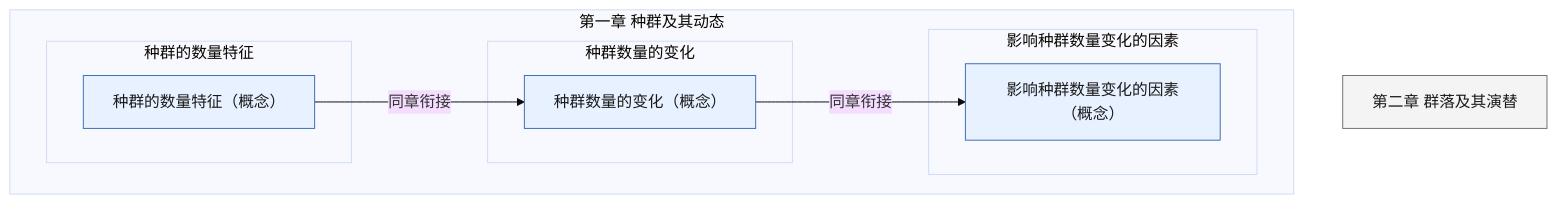
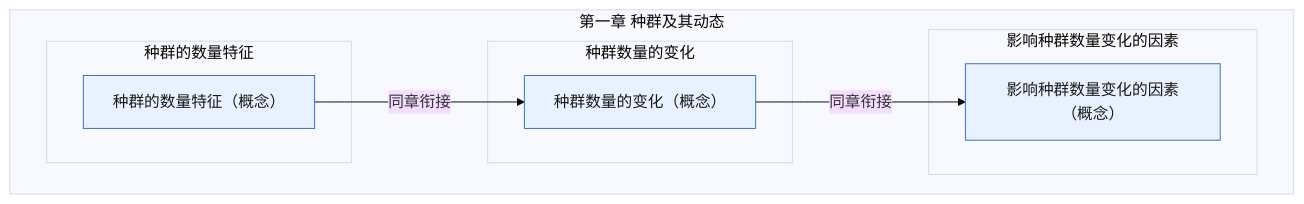
One commit to lihenair/high-school-ai-tutor-skill changed the diagram in skills/high-school-ai-tutor/references/pep-bio-xbx2-ch1.md. Above: the diagram before and after it, drawn with Mermaid (base theme). The commit also changed 26 other files, not shown here.

First line of the commit message:
feat(bio): 跨教材知识联系图谱——占位符清退 + 53 条组合边 + 联系图谱文档

````diff
--- a/skills/high-school-ai-tutor/references/pep-bio-xbx2-ch1.md
+++ b/skills/high-school-ai-tutor/references/pep-bio-xbx2-ch1.md
@@ -5,21 +5,20 @@
 ```mermaid
 flowchart TD
   classDef concept fill:#E8F1FF,stroke:#3B6FB6,color:#1A1A1A
   classDef skill fill:#E7F6EE,stroke:#2E7D4F,color:#1A1A1A
   classDef experiment fill:#FFF4E5,stroke:#C47B17,color:#1A1A1A
   classDef later fill:#F4F4F5,stroke:#71717A,color:#1A1A1A
   subgraph ch["第一章 种群及其动态"]
     subgraph s1["种群的数量特征"]
       kp_population_features["种群的数量特征（概念）"]:::concept
     end
     subgraph s2["种群数量的变化"]
       kp_population_change["种群数量的变化（概念）"]:::concept
     end
     subgraph s3["影响种群数量变化的因素"]
       kp_population_factors["影响种群数量变化的因素（概念）"]:::concept
     end
   end
-  xbx2_ch2["第二章 群落及其演替"]:::later
   kp_population_features -->|同章衔接| kp_population_change
   kp_population_change -->|同章衔接| kp_population_factors
 ```
````
